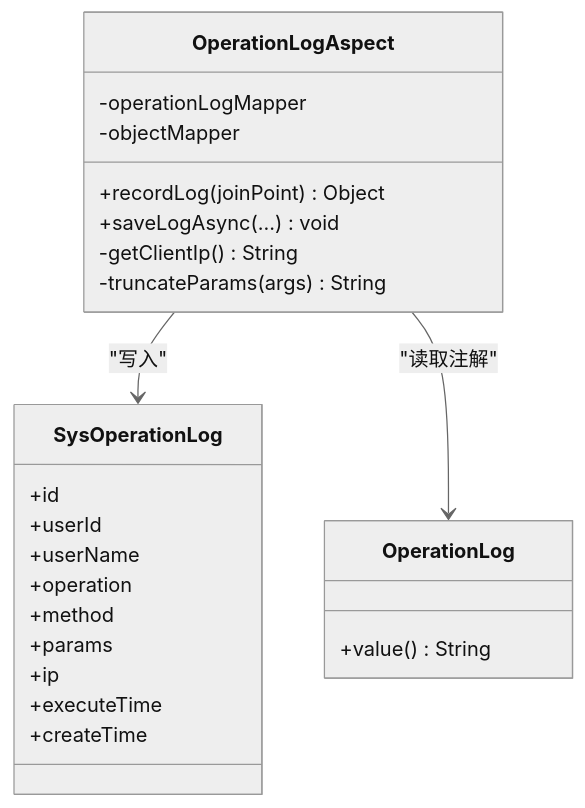
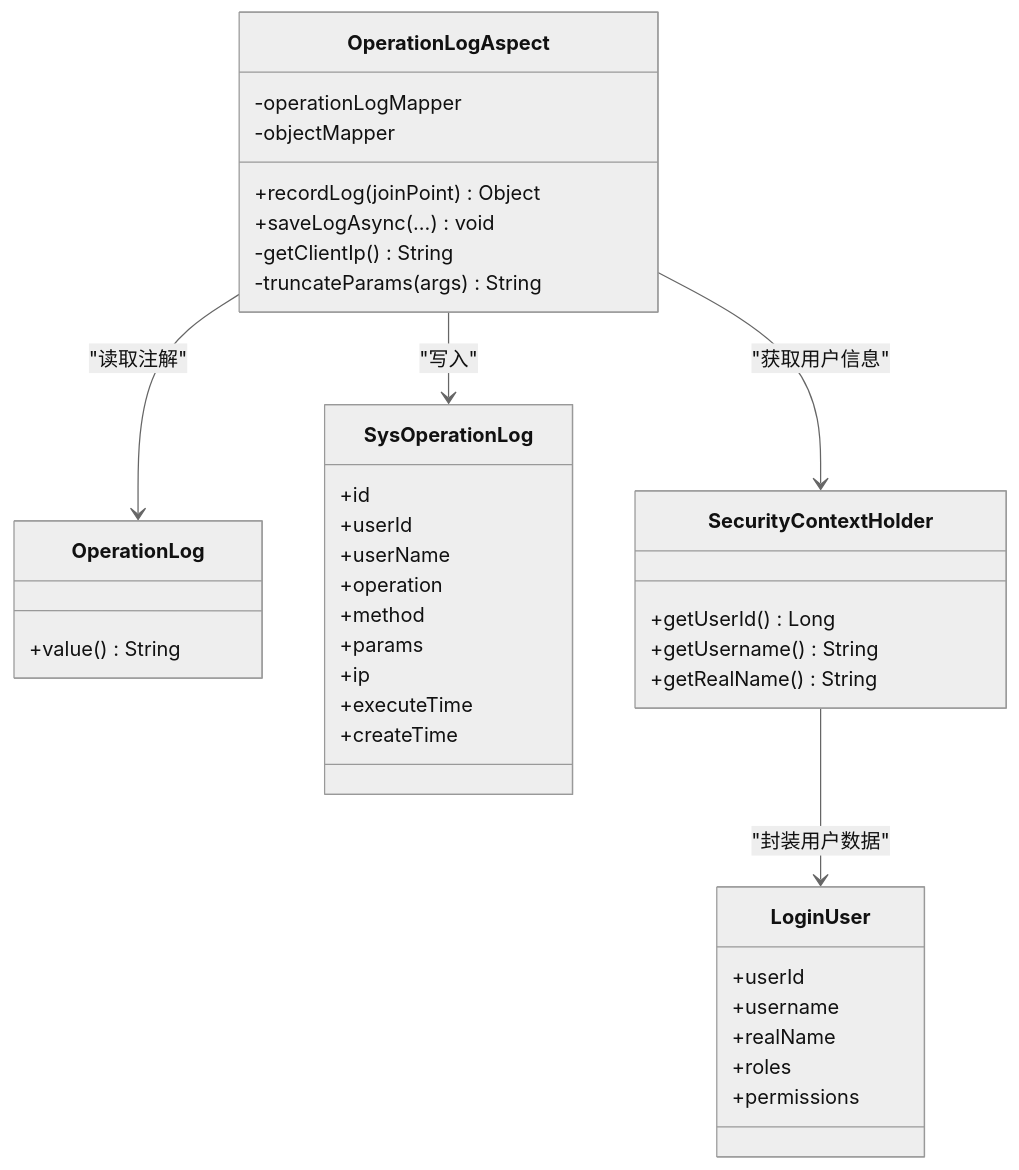
Before and after one commit to DrunkFood/First: the third of 8 diagrams in .qoder/repowiki/zh/content/后端服务/支撑服务 (ele-ai-tender-support)/操作审计日志.md, drawn with Mermaid (neutral theme). The commit also changed other lines of this file and 93 other files, not shown here.

````diff
--- a/.qoder/repowiki/zh/content/后端服务/支撑服务 (ele-ai-tender-support)/操作审计日志.md
+++ b/.qoder/repowiki/zh/content/后端服务/支撑服务 (ele-ai-tender-support)/操作审计日志.md
@@ -147,27 +156,41 @@
 ```mermaid
 classDiagram
 class OperationLog {
 +value() String
 }
 class OperationLogAspect {
 -operationLogMapper
 -objectMapper
 +recordLog(joinPoint) Object
 +saveLogAsync(...) void
 -getClientIp() String
 -truncateParams(args) String
 }
 class SysOperationLog {
 +id
 +userId
 +userName
 +operation
 +method
 +params
 +ip
 +executeTime
 +createTime
 }
+class SecurityContextHolder {
++getUserId() Long
++getUsername() String
++getRealName() String
+}
+class LoginUser {
++userId
++username
++realName
++roles
++permissions
+}
 OperationLogAspect --> SysOperationLog : "写入"
 OperationLogAspect --> OperationLog : "读取注解"
+OperationLogAspect --> SecurityContextHolder : "获取用户信息"
+SecurityContextHolder --> LoginUser : "封装用户数据"
 ```
````
